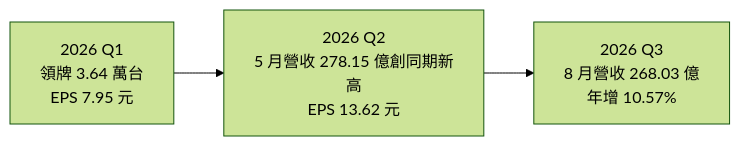
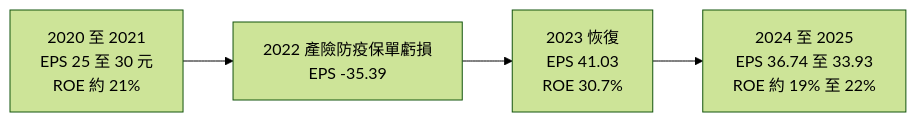
Before and after one commit to wangnick1004/taiwan-stock-vault: the second of 3 diagrams in 個股/台股/2207和泰車.md, drawn with Mermaid (forest theme). The commit also changed other lines of this file and 6 other files, not shown here.

````diff
--- a/個股/台股/2207和泰車.md
+++ b/個股/台股/2207和泰車.md
@@ -131,4 +132,4 @@
 ```mermaid
 flowchart LR
-    Q1["2026 Q1<br/>領牌 3.64 萬台<br/>EPS 7.95 元"] --> Q2["2026 Q2<br/>5 月營收 278.15 億創同期新高<br/>EPS 13.62 元"] --> Q3["2026 Q3<br/>8 月營收 268.03 億<br/>年增 10.57%"]
+    Y1["2020 至 2021<br/>EPS 25 至 30 元<br/>ROE 約 21%"] --> Y2["2022 產險防疫保單虧損<br/>EPS -35.39"] --> Y3["2023 恢復<br/>EPS 41.03<br/>ROE 30.7%"] --> Y4["2024 至 2025<br/>EPS 36.74 至 33.93<br/>ROE 約 19% 至 22%"]
 ```
````
